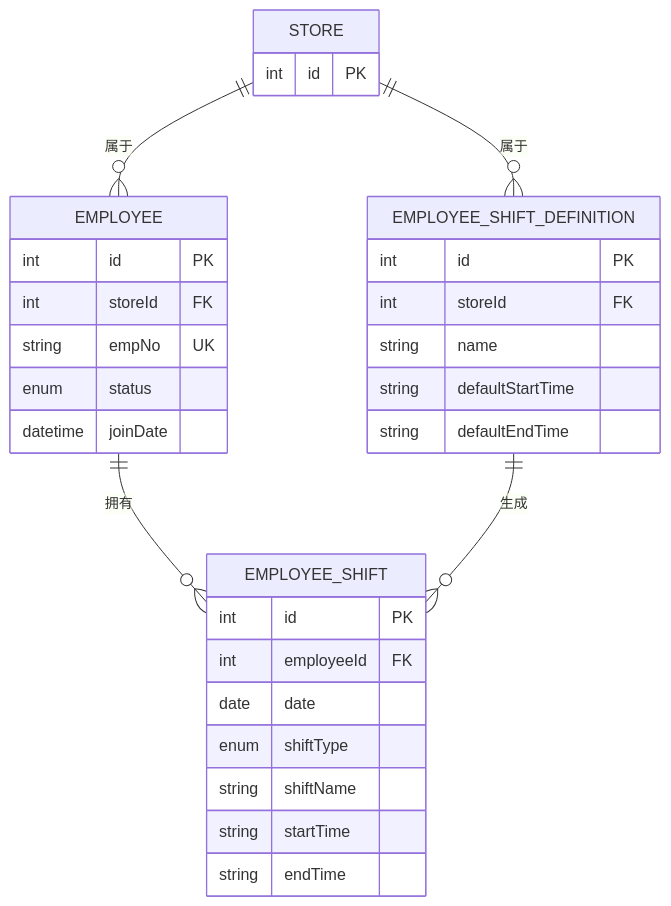
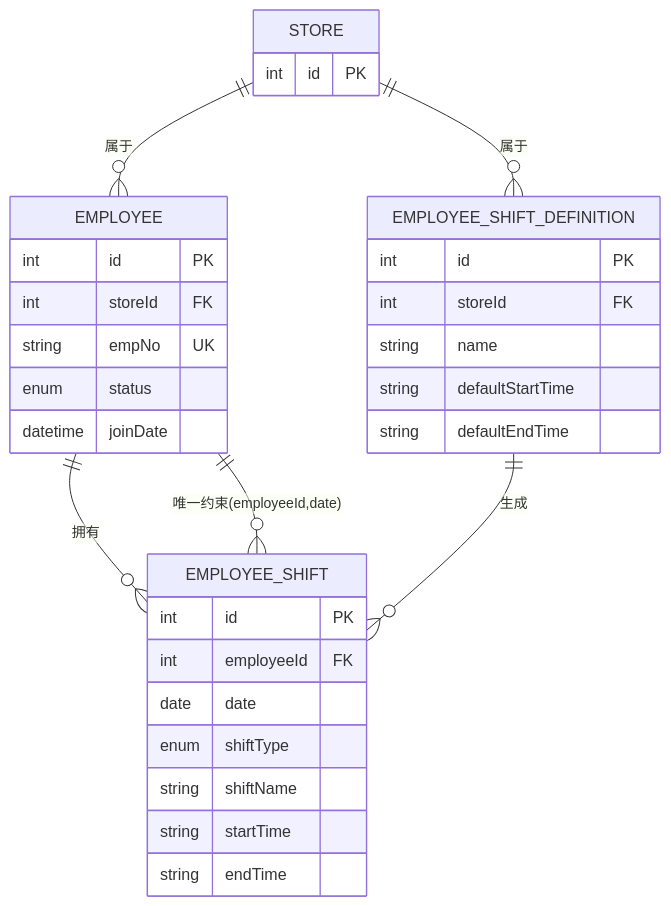
Before and after one commit to rc558620/purelyprofit-server: the third of 6 diagrams in .qoder/repowiki/zh/content/业务模块/员工管理模块/员工排班管理.md, drawn with Mermaid. The commit also changed other lines of this file and 78 other files, not shown here.

````diff
--- a/.qoder/repowiki/zh/content/业务模块/员工管理模块/员工排班管理.md
+++ b/.qoder/repowiki/zh/content/业务模块/员工管理模块/员工排班管理.md
@@ -129,33 +143,34 @@
 ```mermaid
 erDiagram
 STORE {
 int id PK
 }
 EMPLOYEE {
 int id PK
 int storeId FK
 string empNo UK
 enum status
 datetime joinDate
 }
 EMPLOYEE_SHIFT_DEFINITION {
 int id PK
 int storeId FK
 string name
 string defaultStartTime
 string defaultEndTime
 }
 EMPLOYEE_SHIFT {
 int id PK
 int employeeId FK
 date date
 enum shiftType
 string shiftName
 string startTime
 string endTime
 }
 STORE ||--o{ EMPLOYEE : "属于"
 STORE ||--o{ EMPLOYEE_SHIFT_DEFINITION : "属于"
 EMPLOYEE ||--o{ EMPLOYEE_SHIFT : "拥有"
 EMPLOYEE_SHIFT_DEFINITION ||--o{ EMPLOYEE_SHIFT : "生成"
+EMPLOYEE_SHIFT }o--|| EMPLOYEE : "唯一约束(employeeId,date)"
 ```
````
